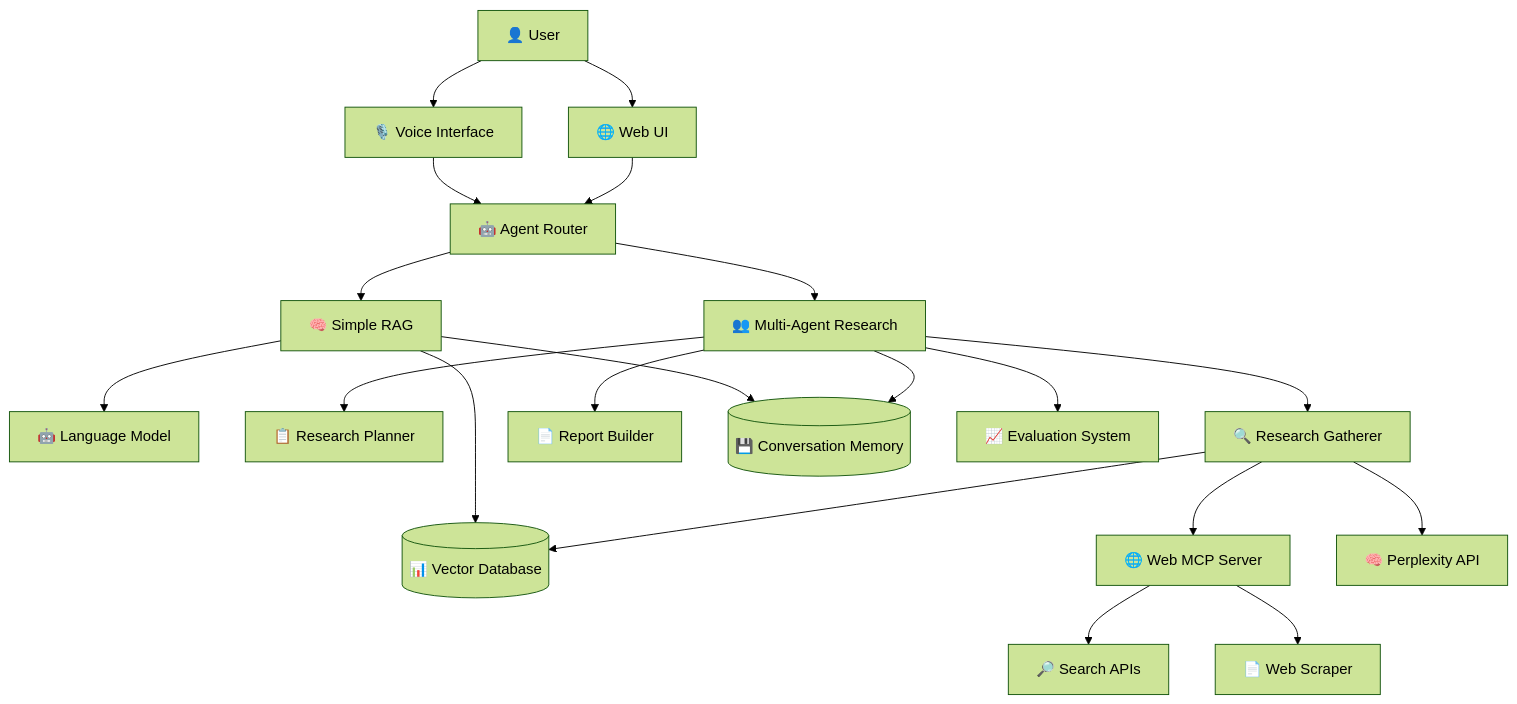
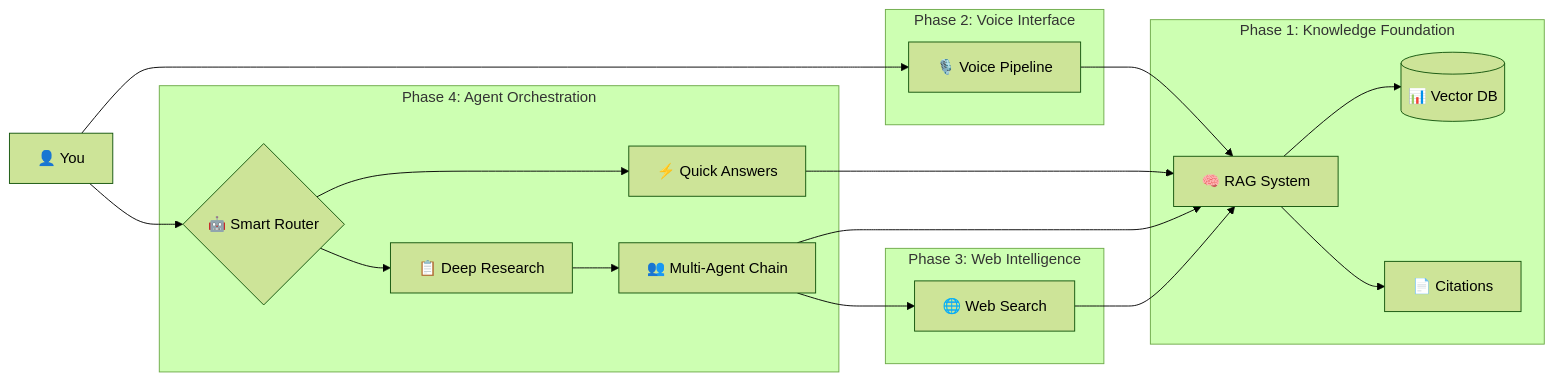
One commit to 8thlight/AI-Pocket-Projects changed the diagram in README.md. Above: the diagram before and after it, drawn with Mermaid (forest theme). The commit also changed other lines of this file and 1 other file, not shown here.

Commit message:
Refine Phase 4: Make it a separate agent exploration project
- Clarify Phase 4 as standalone multi-agent learning project
- Remove forced integration with Phase 1-3 system
- Phase 1-3 remains complete, working system (RAG + Voice + Web)
- Phase 4 focuses on learning LangGraph and agent orchestration patterns
- Optional integration approach if users want to connect later
- Clean separation between building complete system vs learning agent concepts

````diff
--- a/README.md
+++ b/README.md
@@ -147,29 +149,31 @@
 ```mermaid
-graph TB
-    User[👤 User] --> Voice[🎙️ Voice Interface]
-    User --> Web[🌐 Web UI]
+graph LR
+    subgraph "Phase 1: Knowledge Foundation"
+        RAG[🧠 RAG System]
+        RAG --> DB[(📊 Vector DB)]
+        RAG --> Cites[📄 Citations]
+    end
     
-    Voice --> Router[🤖 Agent Router]
-    Web --> Router
+    subgraph "Phase 2: Voice Interface"
+        Voice[🎙️ Voice Pipeline]
+        Voice --> RAG
+    end
     
-    Router --> SimpleRAG[🧠 Simple RAG]
-    Router --> MultiAgent[👥 Multi-Agent Research]
+    subgraph "Phase 3: Web Intelligence" 
+        Web[🌐 Web Search]
+        Web --> RAG
+    end
     
-    SimpleRAG --> VectorDB[(📊 Vector Database)]
-    SimpleRAG --> LLM[🤖 Language Model]
+    subgraph "Phase 4: Agent Orchestration"
+        Router{🤖 Smart Router}
+        Router --> Simple[⚡ Quick Answers]
+        Router --> Research[📋 Deep Research]
+        Simple --> RAG
+        Research --> Multi[👥 Multi-Agent Chain]
+        Multi --> RAG
+        Multi --> Web
+    end
     
-    MultiAgent --> Planner[📋 Research Planner]
-    MultiAgent --> Gatherer[🔍 Research Gatherer]  
-    MultiAgent --> Builder[📄 Report Builder]
-    
-    Gatherer --> VectorDB
-    Gatherer --> MCP[🌐 Web MCP Server]
-    Gatherer --> Perplexity[🧠 Perplexity API]
-    
-    MCP --> Search[🔎 Search APIs]
-    MCP --> Scraper[📄 Web Scraper]
-    
-    SimpleRAG --> Memory[(💾 Conversation Memory)]
-    MultiAgent --> Memory
-    MultiAgent --> Eval[📈 Evaluation System]
+    User[👤 You] --> Voice
+    User --> Router
 ```
````
